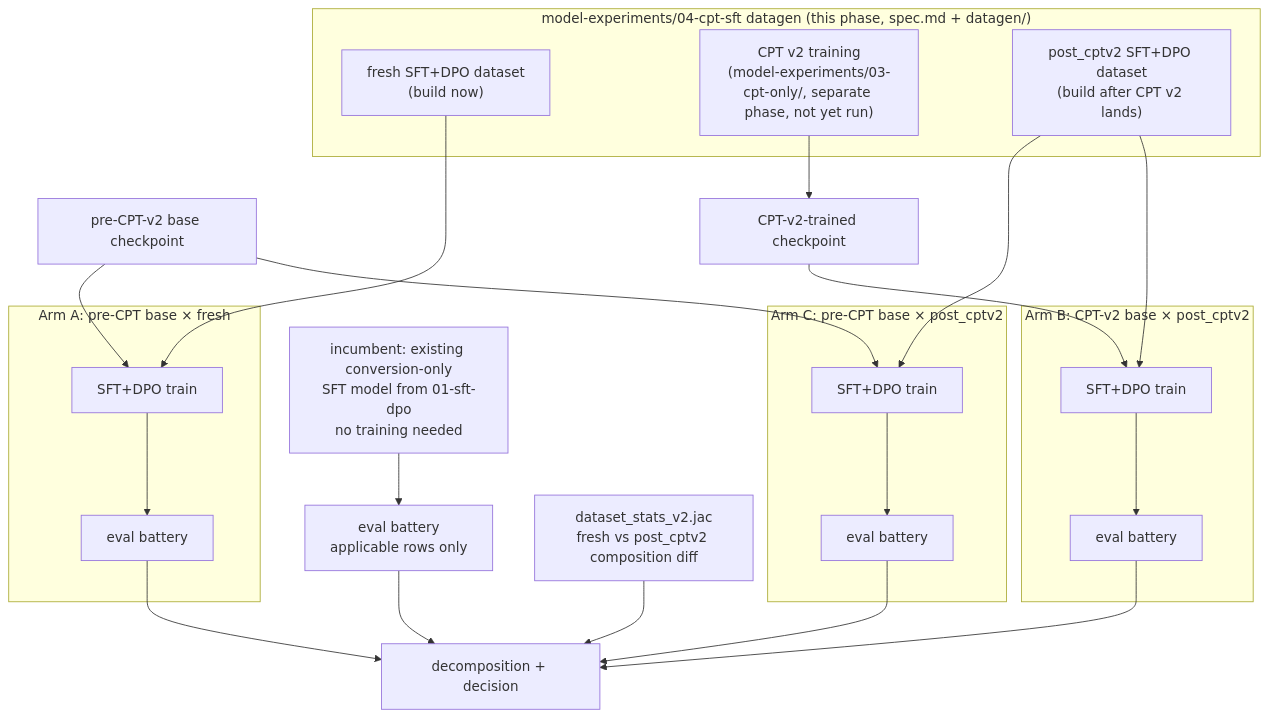
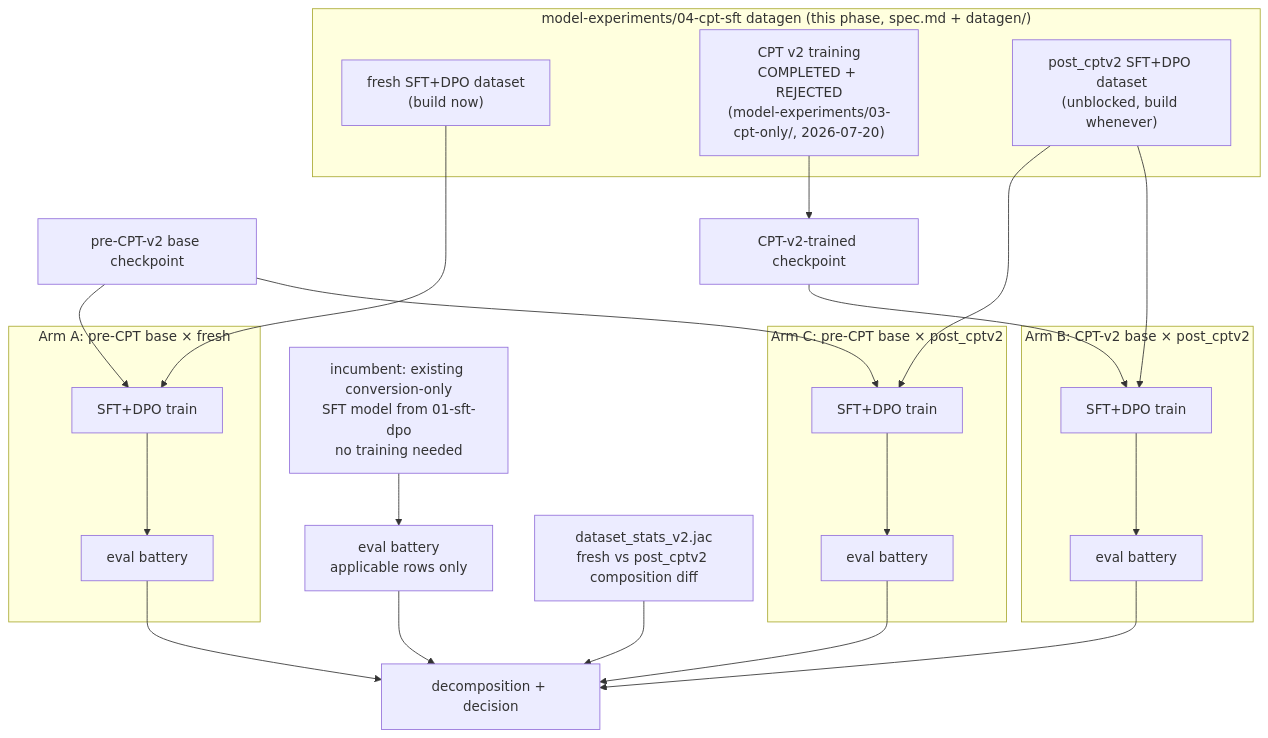
Before and after one commit to jaseci-labs/Jac_Model_Experiments: the diagram in 04-cpt-sft/docs/workflow.md, drawn with Mermaid. The commit also changed other lines of this file and 2 other files, not shown here.

First line of the commit message:
docs: 04-cpt-sft — CPT-v2 completed and was rejected; post_cptv2 unblocked

````diff
--- a/04-cpt-sft/docs/workflow.md
+++ b/04-cpt-sft/docs/workflow.md
@@ -31,37 +72,37 @@
 ```mermaid
 flowchart TD
     subgraph phase1["model-experiments/04-cpt-sft datagen (this phase, spec.md + datagen/)"]
         freshdata["fresh SFT+DPO dataset<br/>(build now)"]
-        cptv2train["CPT v2 training<br/>(model-experiments/03-cpt-only/, separate phase, not yet run)"]
-        postdata["post_cptv2 SFT+DPO dataset<br/>(build after CPT v2 lands)"]
+        cptv2train["CPT v2 training<br/>COMPLETED + REJECTED<br/>(model-experiments/03-cpt-only/, 2026-07-20)"]
+        postdata["post_cptv2 SFT+DPO dataset<br/>(unblocked, build whenever)"]
     end
 
     baseOld[pre-CPT-v2 base checkpoint]
     baseNew[CPT-v2-trained checkpoint]
     incumbent[incumbent: existing conversion-only<br/>SFT model from 01-sft-dpo<br/>no training needed]
 
     subgraph armA["Arm A: pre-CPT base × fresh"]
         sftA[SFT+DPO train] --> evalA[eval battery]
     end
     subgraph armC["Arm C: pre-CPT base × post_cptv2"]
         sftC[SFT+DPO train] --> evalC[eval battery]
     end
     subgraph armB["Arm B: CPT-v2 base × post_cptv2"]
         sftB[SFT+DPO train] --> evalB[eval battery]
     end
 
     baseOld --> sftA
     freshdata --> sftA
     baseOld --> sftC
     postdata --> sftC
     cptv2train --> baseNew
     baseNew --> sftB
     postdata --> sftB
     incumbent --> evalI[eval battery<br/>applicable rows only]
 
     evalA --> compare[decomposition + decision]
     evalB --> compare
     evalC --> compare
     evalI --> compare
     diffreport[dataset_stats_v2.jac<br/>fresh vs post_cptv2 composition diff] --> compare
 ```
````
